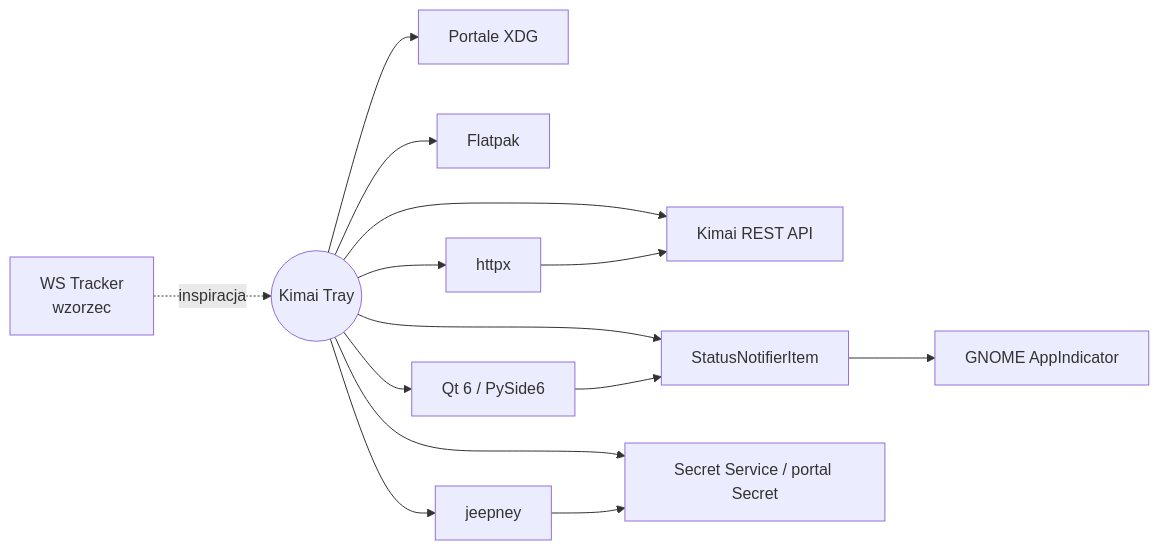
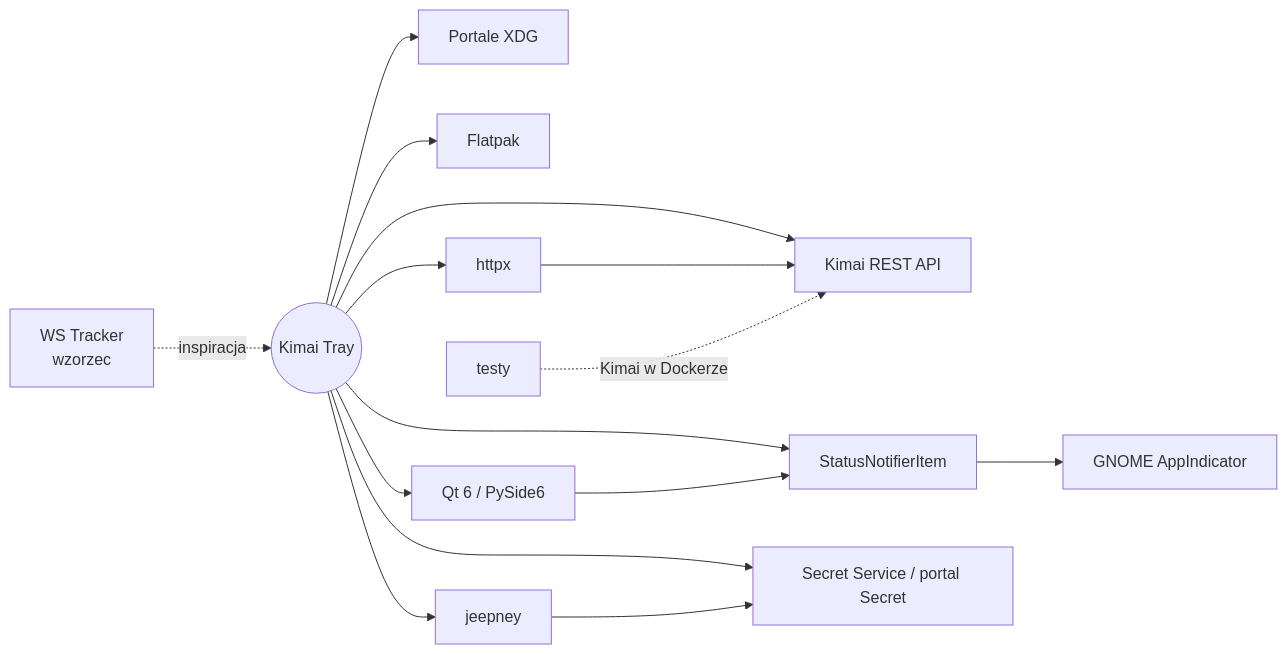
The diagram in docs/integracje/README.md (DragonKing026/DK-Tracker-Linux), drawn with Mermaid before and after one commit. The commit also changed other lines of this file and 1 other file, not shown here.

Commit message:
docs(integracje): opisz Kimai w Dockerze jako środowisko testowe

````diff
--- a/docs/integracje/README.md
+++ b/docs/integracje/README.md
@@ -14,15 +14,16 @@
 ```mermaid
 flowchart LR
     APP((Kimai Tray))
     APP --> K[Kimai REST API]
     APP --> SNI[StatusNotifierItem]
     SNI --> GN[GNOME AppIndicator]
     APP --> SEC[Secret Service / portal Secret]
     APP --> POR[Portale XDG]
     APP --> FP[Flatpak]
     APP --> QT[Qt 6 / PySide6]
     APP --> HX[httpx] --> K
     APP --> JP[jeepney] --> SEC
     QT --> SNI
     REF[WS Tracker<br/>wzorzec] -. inspiracja .-> APP
+    TST[testy] -. Kimai w Dockerze .-> K
 ```
````
